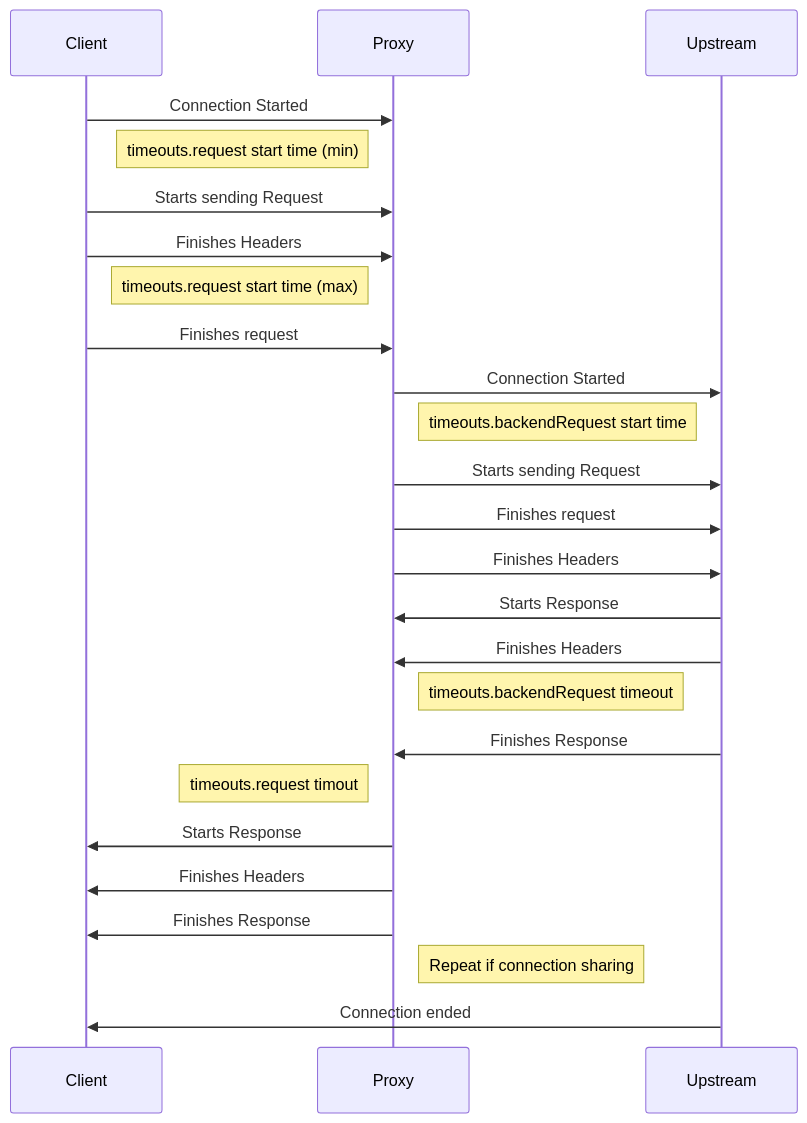
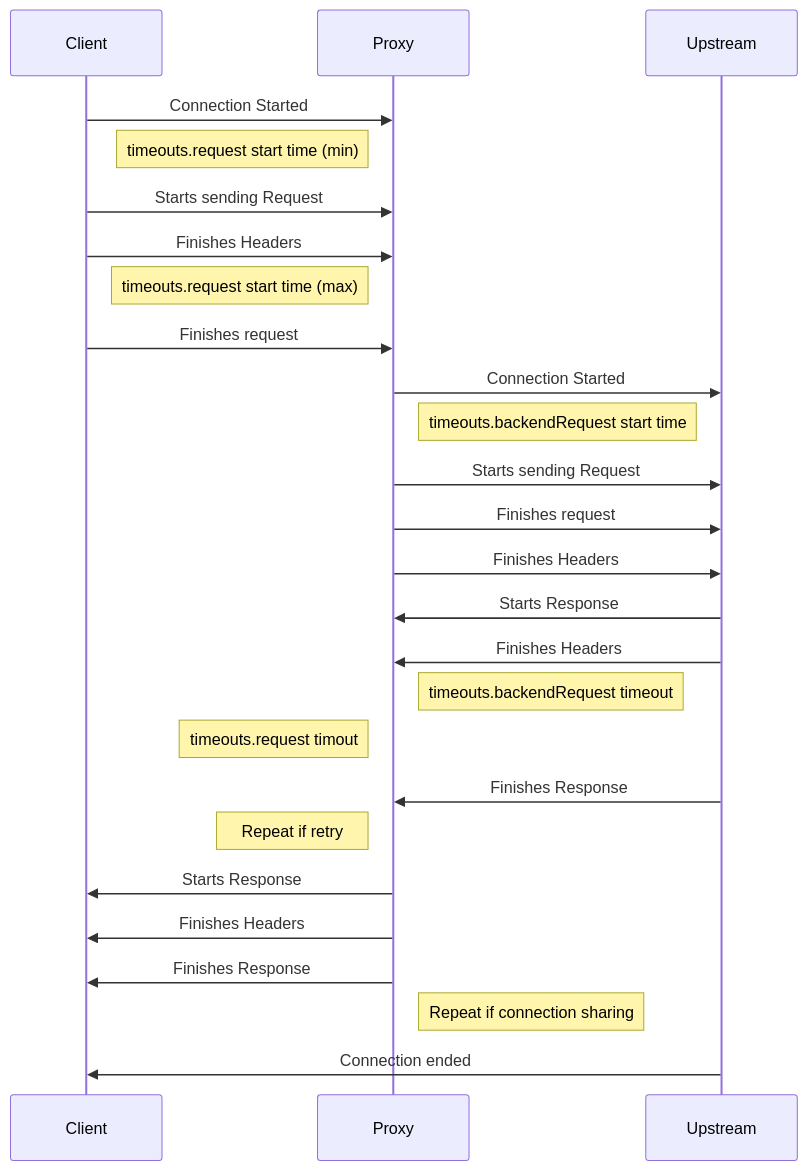
The sixth of 6 diagrams in geps/gep-1742.md (kubernetes-sigs/gateway-api), drawn with Mermaid before and after one commit.

Commit message:
tweak diagram

````diff
--- a/geps/gep-1742.md
+++ b/geps/gep-1742.md
@@ -401,27 +401,28 @@
 ```mermaid
 sequenceDiagram
     participant C as Client
     participant P as Proxy
     participant U as Upstream
     C->>P: Connection Started
     note left of P: timeouts.request start time (min)
     C->>P: Starts sending Request
     C->>P: Finishes Headers
     note left of P: timeouts.request start time (max)
     C->>P: Finishes request
     P->>U: Connection Started
     note right of P: timeouts.backendRequest start time
     P->>U: Starts sending Request
     P->>U: Finishes request
     P->>U: Finishes Headers
     U->>P: Starts Response
     U->>P: Finishes Headers
     note right of P: timeouts.backendRequest timeout
+    note left of P: timeouts.request timout
     U->>P: Finishes Response
-    note left of P: timeouts.request timout
+    note left of P: Repeat if retry
     P->>C: Starts Response
     P->>C: Finishes Headers
     P->>C: Finishes Response
     Note right of P: Repeat if connection sharing
     U->>C: Connection ended
 ```
````
